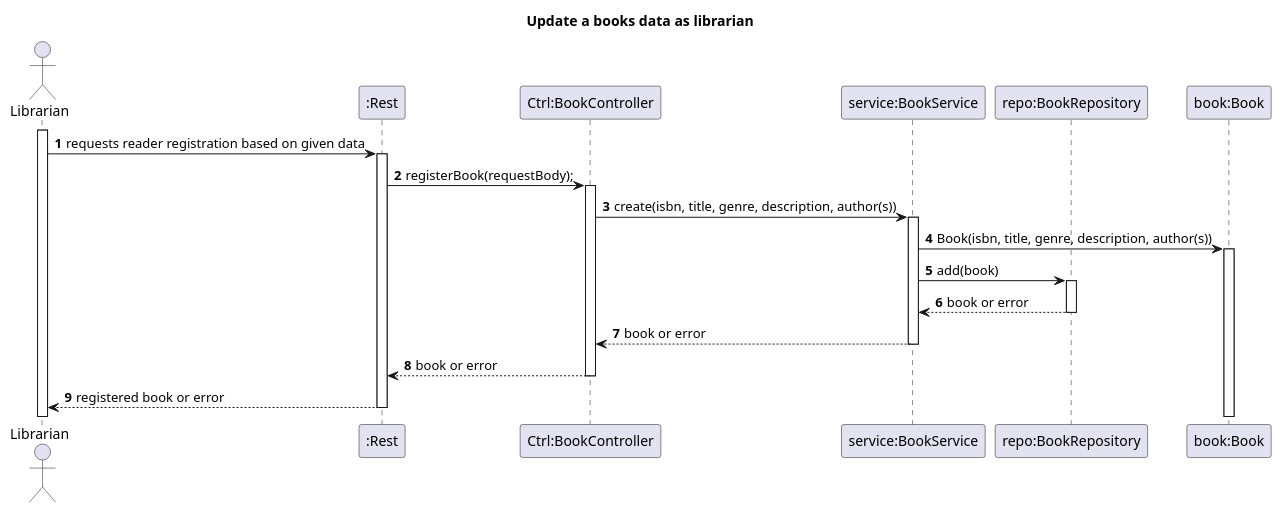
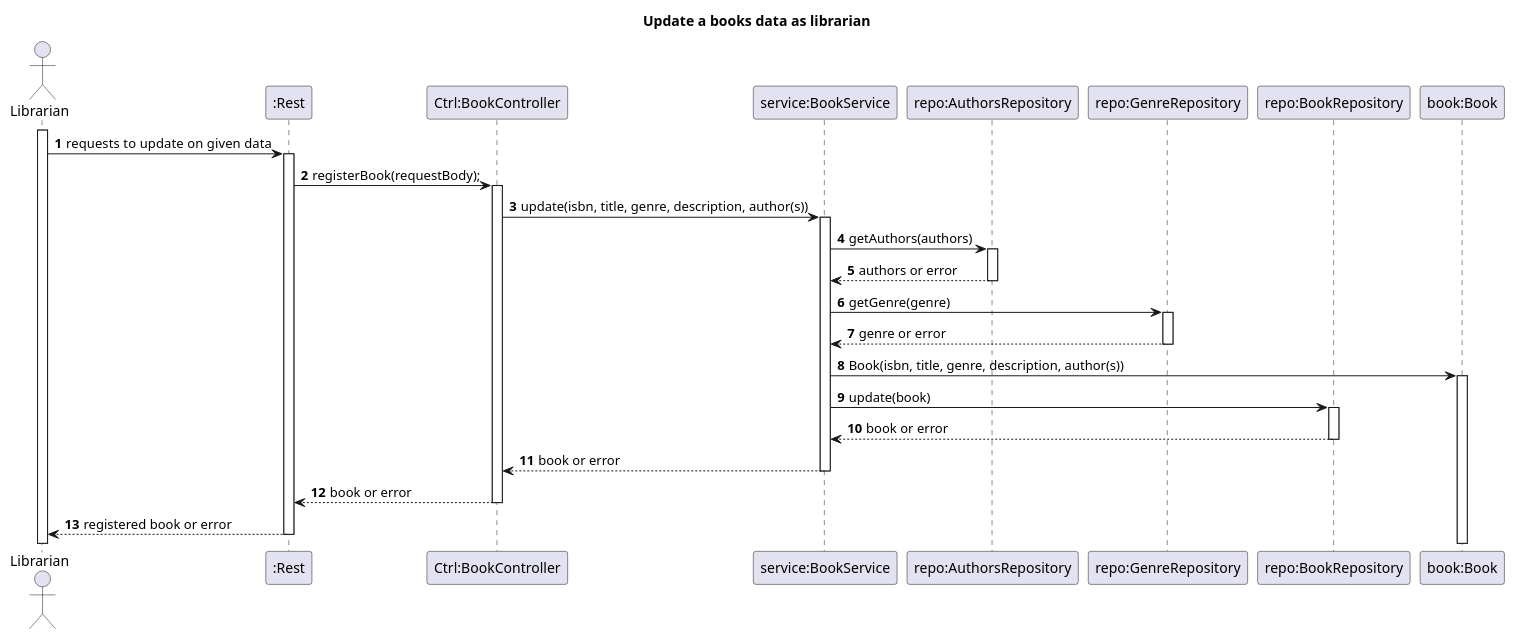
One commit to rutemf/1220944_1220772_G01 changed the diagram in Docs/Phase1/WP2A-Books/Ph1-8-UpdateBooksData/Ph1-8-SD.puml. Above: the diagram before and after it, drawn with PlantUML. The commit also changed 2 other files, not shown here.

```diff
--- a/Docs/Phase1/WP2A-Books/Ph1-8-UpdateBooksData/Ph1-8-SD.puml
+++ b/Docs/Phase1/WP2A-Books/Ph1-8-UpdateBooksData/Ph1-8-SD.puml
@@ -1,29 +1,35 @@
 @startuml
 'https://plantuml.com/sequence-diagram
 autoactivate on
 autonumber
 
 title Update a books data as librarian
 
 actor "Librarian" as User
 participant ":Rest" as Rest
 participant "Ctrl:BookController" as Ctrl
 participant "service:BookService" as Service
+participant "repo:AuthorsRepository" as RepoAuthors
+participant "repo:GenreRepository" as RepoGenre
 participant "repo:BookRepository" as Repo
 participant "book:Book" as Book
 
 activate User
 
-User -> Rest: requests reader registration based on given data
+User -> Rest: requests to update  on given data
 
 Rest -> Ctrl: registerBook(requestBody);
 
-Ctrl -> Service: create(isbn, title, genre, description, author(s))
+Ctrl -> Service: update(isbn, title, genre, description, author(s))
+Service -> RepoAuthors: getAuthors(authors)
+RepoAuthors --> Service: authors or error
+Service -> RepoGenre: getGenre(genre)
+RepoGenre --> Service: genre or error
 Service -> Book: Book(isbn, title, genre, description, author(s))
-Service -> Repo: add(book)
+Service -> Repo: update(book)
 Repo --> Service: book or error
 Service --> Ctrl: book or error
 Ctrl --> Rest: book or error
 Rest --> User: registered book or error
 
 @enduml
```
